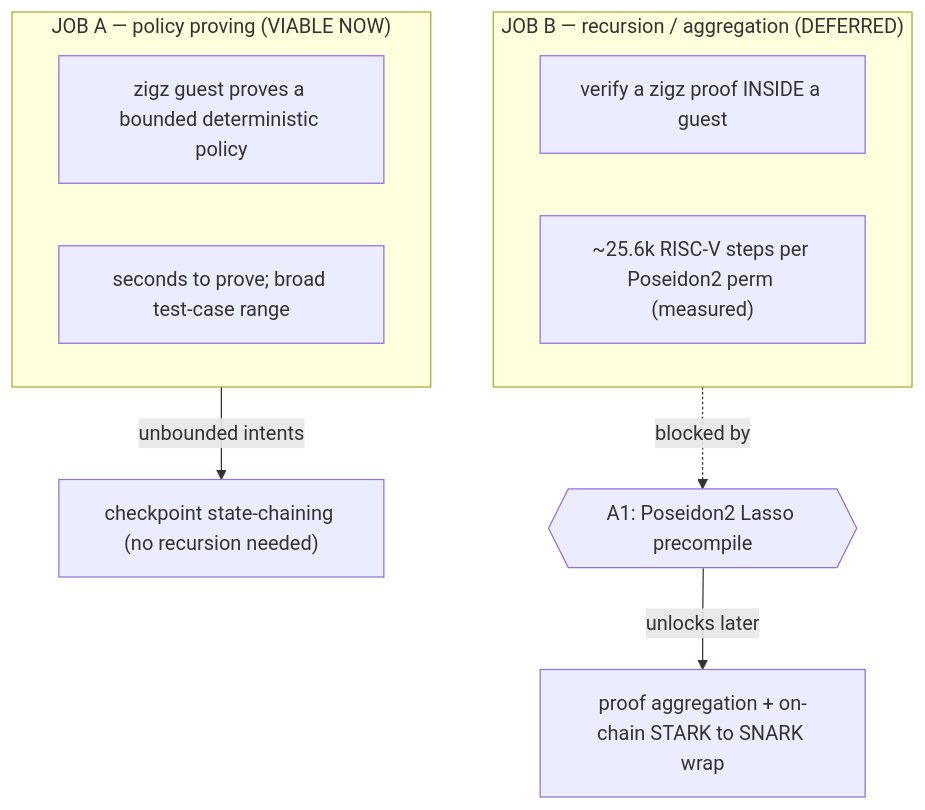
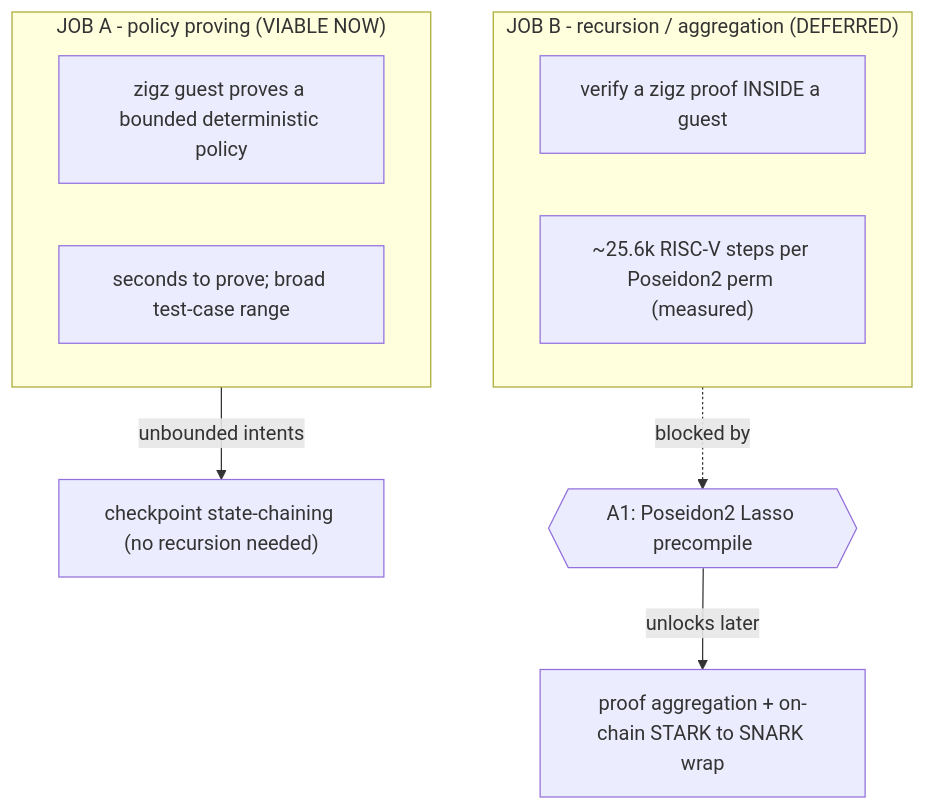
The fourth of 8 diagrams in work/research/computation-proof/architecture.md (mnemonik-xyz/monorepo), drawn with Mermaid before and after one commit. The commit also changed other lines of this file, not shown here.

First line of the commit message:
fix(docs): make all mermaid blocks render (parser-safe syntax)

````diff
--- a/work/research/computation-proof/architecture.md
+++ b/work/research/computation-proof/architecture.md
@@ -148,14 +148,14 @@
 ```mermaid
 flowchart TD
-    subgraph JA["JOB A — policy proving (VIABLE NOW)"]
+    subgraph JA["JOB A - policy proving (VIABLE NOW)"]
         a1["zigz guest proves a bounded deterministic policy"]
         a2["seconds to prove; broad test-case range"]
     end
-    subgraph JB["JOB B — recursion / aggregation (DEFERRED)"]
+    subgraph JB["JOB B - recursion / aggregation (DEFERRED)"]
         b1["verify a zigz proof INSIDE a guest"]
         b2["~25.6k RISC-V steps per Poseidon2 perm (measured)"]
     end
     JA -->|"unbounded intents"| CH["checkpoint state-chaining (no recursion needed)"]
     JB -.->|"blocked by"| GATE{{"A1: Poseidon2 Lasso precompile"}}
     GATE -->|"unlocks later"| AGG["proof aggregation + on-chain STARK to SNARK wrap"]
 ```
````
